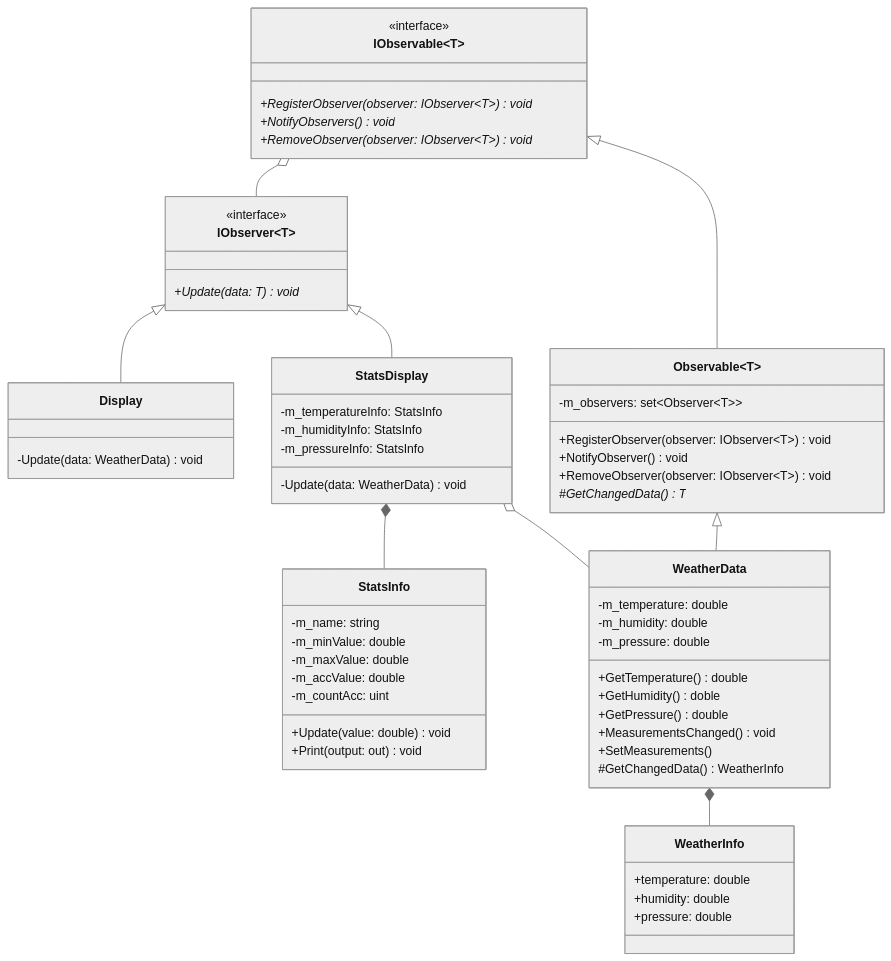
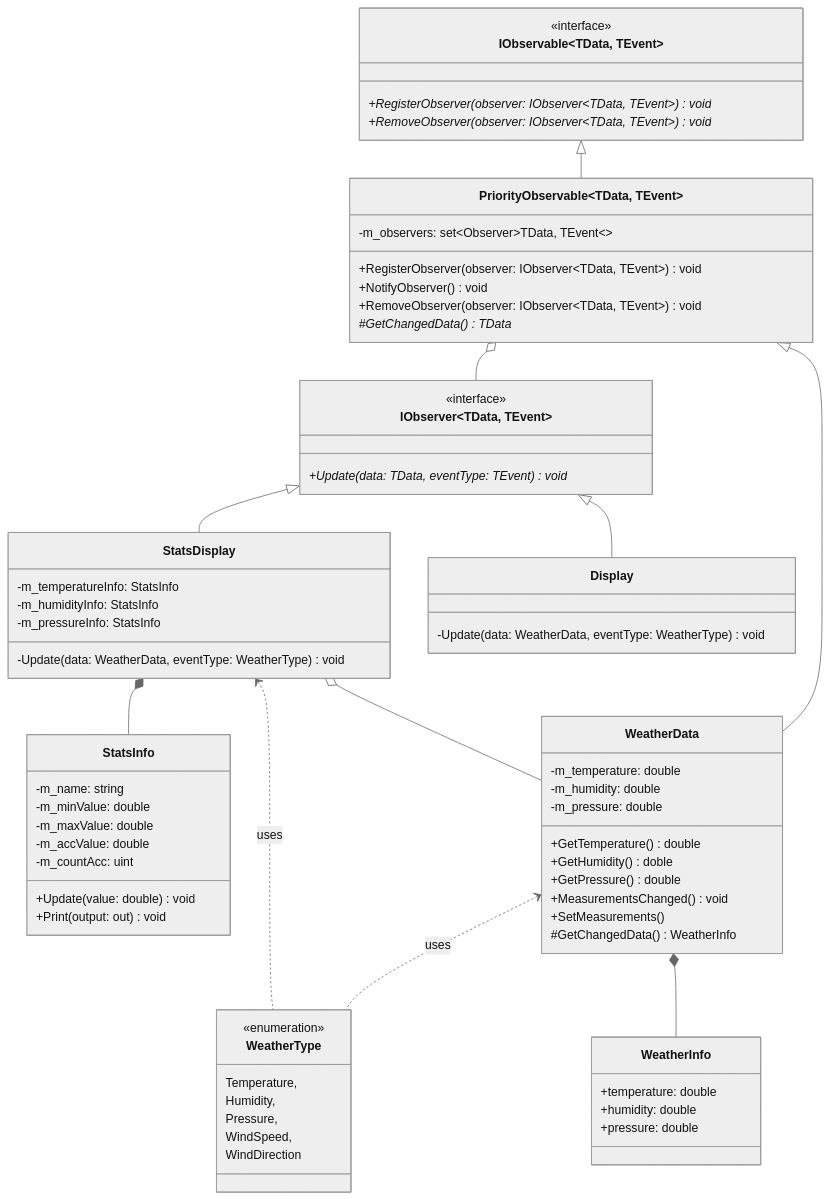
One commit to alozhka/ood changed the diagram in lw2/WeatherStationInterests/diagram.md. Above: the diagram before and after it, drawn with Mermaid (neutral theme).

Commit message:
feat: нарисовал диаграмму для 2.7

````diff
--- a/lw2/WeatherStationInterests/diagram.md
+++ b/lw2/WeatherStationInterests/diagram.md
@@ -3,63 +3,72 @@
 ```mermaid
 classDiagram
-    class IObserver~T~ {
+    class IObserver~TData, TEvent~ {
         <<interface>>
-        +Update(data: T) void*
+        +Update(data: TData, eventType: TEvent) void*
     }
-    class IObservable~T~ {
+    class IObservable~TData, TEvent~ {
         <<interface>>
-        +RegisterObserver(observer: IObserver~T~) void*
-        +NotifyObservers() void*
-        +RemoveObserver(observer: IObserver~T~) void*
+        +RegisterObserver(observer: IObserver~TData, TEvent~) void*
+        +RemoveObserver(observer: IObserver~TData, TEvent~) void*
     }
-    class Observable~T~ {
-        -m_observers: set~Observer~T~~
-        +RegisterObserver(observer: IObserver~T~) void
+    class PriorityObservable~TData, TEvent~ {
+        -m_observers: set~Observer~TData, TEvent~~
+        +RegisterObserver(observer: IObserver~TData, TEvent~) void
         +NotifyObserver() void
-        +RemoveObserver(observer: IObserver~T~) void
-        #GetChangedData() T*
+        +RemoveObserver(observer: IObserver~TData, TEvent~) void
+        #GetChangedData() TData*
     }
     class StatsDisplay {
         -m_temperatureInfo: StatsInfo
         -m_humidityInfo: StatsInfo
         -m_pressureInfo: StatsInfo
-        -Update(data: WeatherData) void
+        -Update(data: WeatherData, eventType: WeatherType) void
     }
     class Display {
-        -Update(data: WeatherData) void
+        -Update(data: WeatherData, eventType: WeatherType) void
     }
     class StatsInfo {
         -m_name: string
         -m_minValue: double
         -m_maxValue: double
         -m_accValue: double
         -m_countAcc: uint
         +Update(value: double) void
         +Print(output: out) void
     }
     class WeatherInfo {
         +temperature: double
         +humidity: double
         +pressure: double
     }
     class WeatherData {
         -m_temperature: double
         -m_humidity: double
         -m_pressure: double
         +GetTemperature() double
         +GetHumidity() doble
         +GetPressure() double
         +MeasurementsChanged() void
         +SetMeasurements()
         #GetChangedData() WeatherInfo
     }
+    class WeatherType {
+        <<enumeration>>
+        Temperature,
+        Humidity,
+        Pressure,
+        WindSpeed,
+        WindDirection
+ }
 
-    IObservable o-- IObserver
+    PriorityObservable o-- IObserver
     IObserver <|-- Display
     IObserver <|-- StatsDisplay
-    IObservable <|-- Observable
+    IObservable <|-- PriorityObservable
     StatsDisplay *-- StatsInfo
     WeatherData *-- WeatherInfo
     StatsDisplay o-- WeatherData
-    Observable <|-- WeatherData
+    PriorityObservable <|-- WeatherData
+    StatsDisplay <.. WeatherType : uses
+    WeatherData <.. WeatherType : uses
 ```
````
